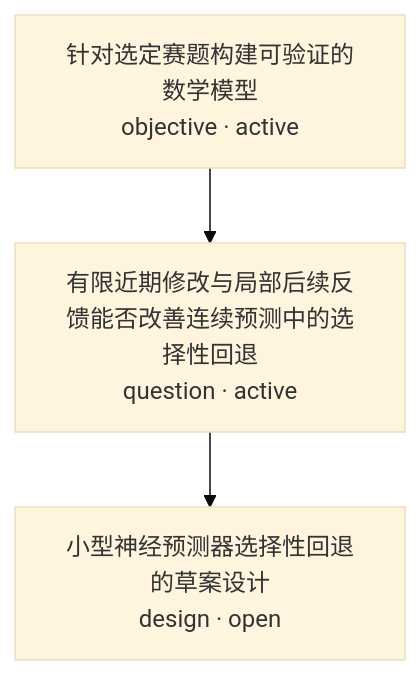
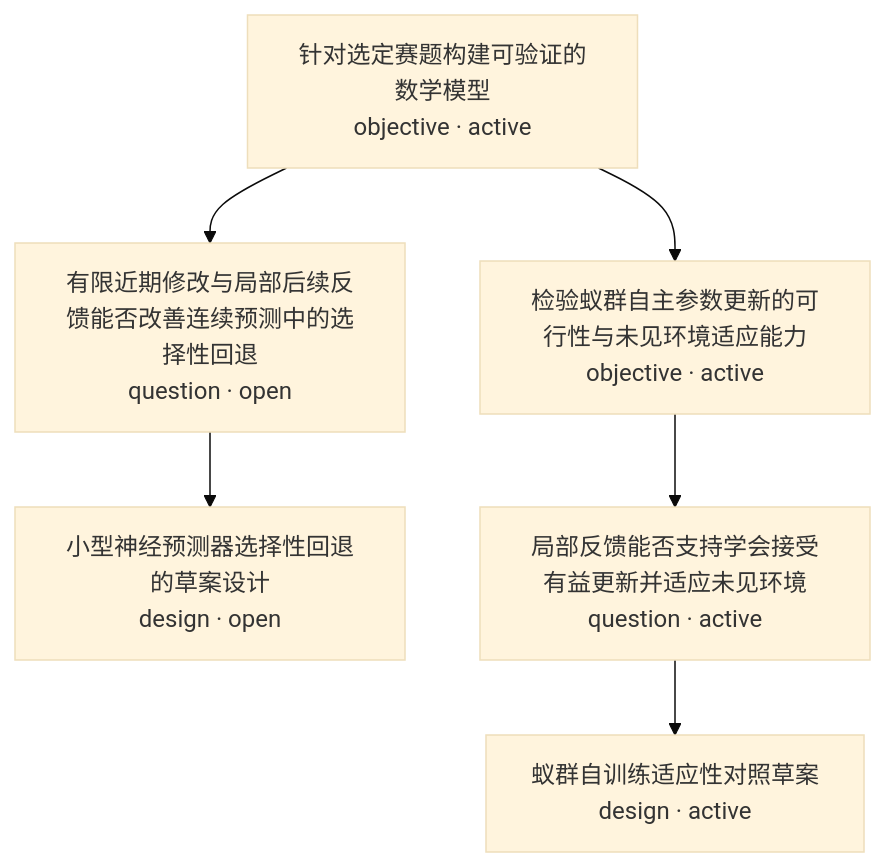
The diagram in research-tree/README.md (Akira-TL/Antomony), drawn with Mermaid (base theme) before and after one commit. The commit also changed other lines of this file and 6 other files, not shown here.

````diff
--- a/research-tree/README.md
+++ b/research-tree/README.md
@@ -5,8 +5,14 @@
 ```mermaid
 flowchart TD
     N1["针对选定赛题构建可验证的数学模型<br/>objective · active"]
-    N2["有限近期修改与局部后续反馈能否改善连续预测中的选择性回退<br/>question · active"]
+    N2["有限近期修改与局部后续反馈能否改善连续预测中的选择性回退<br/>question · open"]
     N3["小型神经预测器选择性回退的草案设计<br/>design · open"]
+    N4["检验蚁群自主参数更新的可行性与未见环境适应能力<br/>objective · active"]
+    N5["局部反馈能否支持学会接受有益更新并适应未见环境<br/>question · active"]
+    N6["蚁群自训练适应性对照草案<br/>design · active"]
     N1 --> N2
     N2 --> N3
+    N1 --> N4
+    N4 --> N5
+    N5 --> N6
 ```
````
